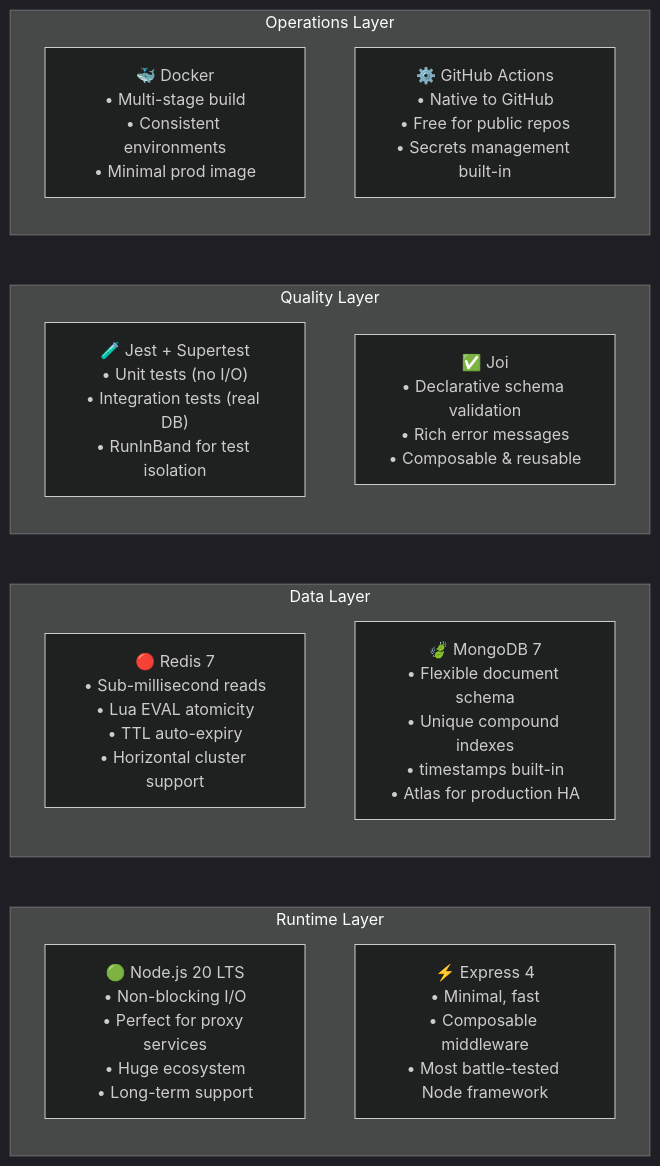
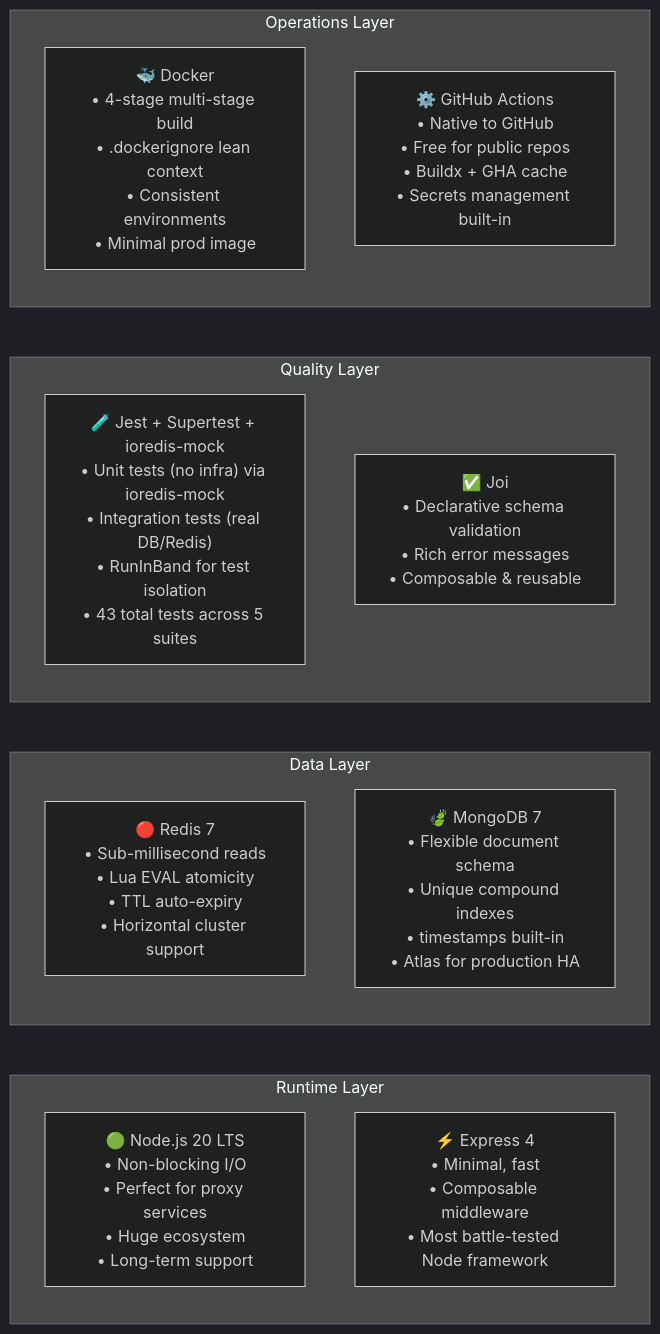
One commit to ramalokeshreddyp/RateGuard changed the fourth of 16 diagrams in projectdocumentation.md. Above: the diagram before and after it, drawn with Mermaid (dark theme). The commit also changed other lines of this file and 2 other files, not shown here.

Commit message:
docs: comprehensive rewrite of README, ARCHITECTURE, and projectdocumentation (v2.0) - 43 tests, GET /clients/:id, X-RateLimit-* headers, BCRYPT_ROUNDS, ioredis-mock, .dockerignore

````diff
--- a/projectdocumentation.md
+++ b/projectdocumentation.md
@@ -141,22 +145,22 @@
 ```mermaid
 flowchart LR
     subgraph Runtime["Runtime Layer"]
         N["🟢 Node.js 20 LTS\n• Non-blocking I/O\n• Perfect for proxy services\n• Huge ecosystem\n• Long-term support"]
         E["⚡ Express 4\n• Minimal, fast\n• Composable middleware\n• Most battle-tested Node framework"]
     end
 
     subgraph Data["Data Layer"]
         R["🔴 Redis 7\n• Sub-millisecond reads\n• Lua EVAL atomicity\n• TTL auto-expiry\n• Horizontal cluster support"]
         M["🍃 MongoDB 7\n• Flexible document schema\n• Unique compound indexes\n• timestamps built-in\n• Atlas for production HA"]
     end
 
     subgraph Quality["Quality Layer"]
-        J["🧪 Jest + Supertest\n• Unit tests (no I/O)\n• Integration tests (real DB)\n• RunInBand for test isolation"]
+        J["🧪 Jest + Supertest + ioredis-mock\n• Unit tests (no infra) via ioredis-mock\n• Integration tests (real DB/Redis)\n• RunInBand for test isolation\n• 43 total tests across 5 suites"]
         JO["✅ Joi\n• Declarative schema validation\n• Rich error messages\n• Composable & reusable"]
     end
 
     subgraph Ops["Operations Layer"]
-        D["🐳 Docker\n• Multi-stage build\n• Consistent environments\n• Minimal prod image"]
-        GH["⚙️ GitHub Actions\n• Native to GitHub\n• Free for public repos\n• Secrets management built-in"]
+        D["🐳 Docker\n• 4-stage multi-stage build\n• .dockerignore lean context\n• Consistent environments\n• Minimal prod image"]
+        GH["⚙️ GitHub Actions\n• Native to GitHub\n• Free for public repos\n• Buildx + GHA cache\n• Secrets management built-in"]
     end
 ```
````
